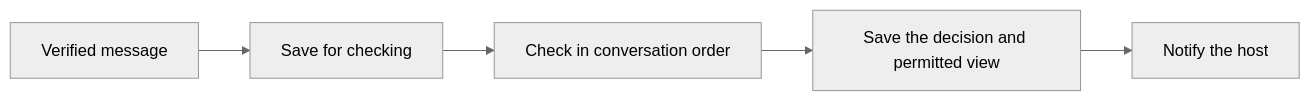
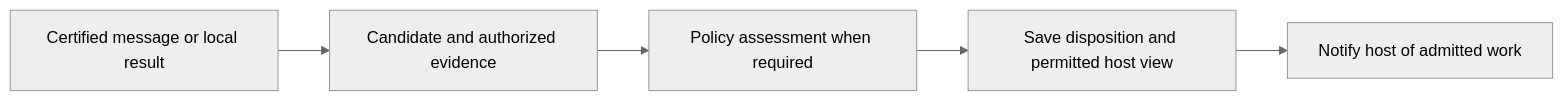
The second of 4 diagrams in packages/social-harness/src/daemon/README.md (social-harness/moltzap), drawn with Mermaid (neutral theme) before and after one commit. The commit also changed other lines of this file and 1 other file, not shown here.

Commit message:
Clarify daemon message ownership and lifecycle flows

````diff
--- a/packages/social-harness/src/daemon/README.md
+++ b/packages/social-harness/src/daemon/README.md
@@ -22,7 +36,7 @@
 ```mermaid
 flowchart LR
-  A[Verified message] --> B[Save for checking]
-  B --> C[Check in conversation order]
-  C --> D[Save the decision and permitted view]
-  D --> E[Notify the host]
+  A[Certified message or local result] --> B[Candidate and authorized evidence]
+  B --> C[Policy assessment when required]
+  C --> D[Save disposition and permitted host view]
+  D --> E[Notify host of admitted work]
 ```
````
